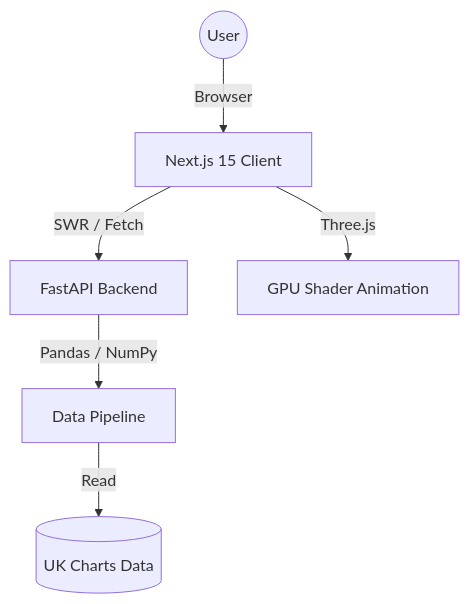
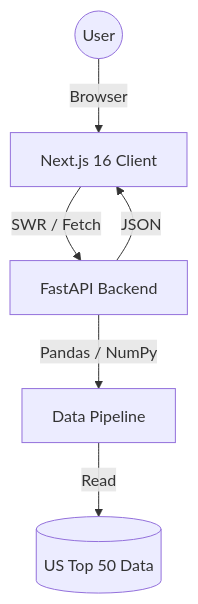
One commit to Ansiuualt/ChartLens changed the diagram in README.md. Above: the diagram before and after it, drawn with Mermaid. The commit also changed other lines of this file and 53 other files, not shown here.

First line of the commit message:
feat: migrate dashboard from UK to US Top 50 analytics

````diff
--- a/README.md
+++ b/README.md
@@ -32,8 +33,8 @@
 ```mermaid
 graph TD
-    User((User)) -->|Browser| Frontend[Next.js 15 Client]
+    User((User)) -->|Browser| Frontend[Next.js 16 Client]
     Frontend -->|SWR / Fetch| API[FastAPI Backend]
-    API -->|Pandas / NumPy| Analytics[Data Pipeline]
-    Analytics -->|Read| CSV[(UK Charts Data)]
-    Frontend -->|Three.js| GL[GPU Shader Animation]
+    API -->|Pandas / NumPy| Pipeline[Data Pipeline]
+    Pipeline -->|Read| CSV[(US Top 50 Data)]
+    API -->|JSON| Frontend
 ```
````
